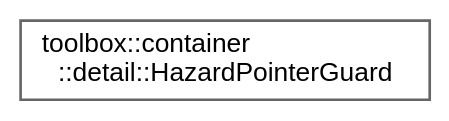
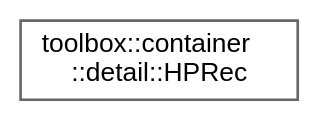
The diagram in inherit_graph_18.dot (nerdneilsfield/cpp-toolbox), drawn with Graphviz before and after one commit. The commit also changed 261 other files, not shown here.

```diff
--- a/inherit_graph_18.dot
+++ b/inherit_graph_18.dot
@@ -1,9 +1,9 @@
 digraph "Graphical Class Hierarchy"
 {
  // LATEX_PDF_SIZE
   bgcolor="transparent";
   edge [fontname=Helvetica,fontsize=10,labelfontname=Helvetica,labelfontsize=10];
   node [fontname=Helvetica,fontsize=10,shape=box,height=0.2,width=0.4];
   rankdir="LR";
-  Node0 [id="Node000000",label="toolbox::container\l::detail::HazardPointerGuard",height=0.2,width=0.4,color="grey40", fillcolor="white", style="filled",URL="$classtoolbox_1_1container_1_1detail_1_1_hazard_pointer_guard.html",tooltip="危险指针设置/清除的RAII助手类 (RAII helper for setting/clearing hazard pointers)"];
+  Node0 [id="Node000000",label="toolbox::container\l::detail::HPRec",height=0.2,width=0.4,color="grey40", fillcolor="white", style="filled",URL="$structtoolbox_1_1container_1_1detail_1_1_h_p_rec.html",tooltip="危险指针记录结构体 (Hazard Pointer Record structure)"];
 }
```
